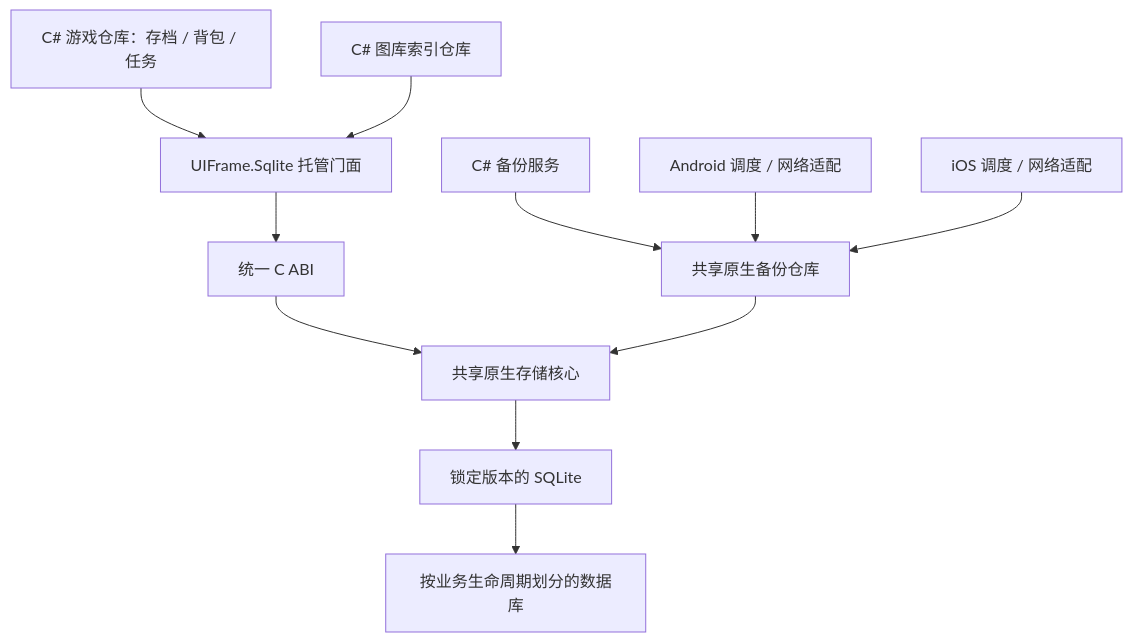
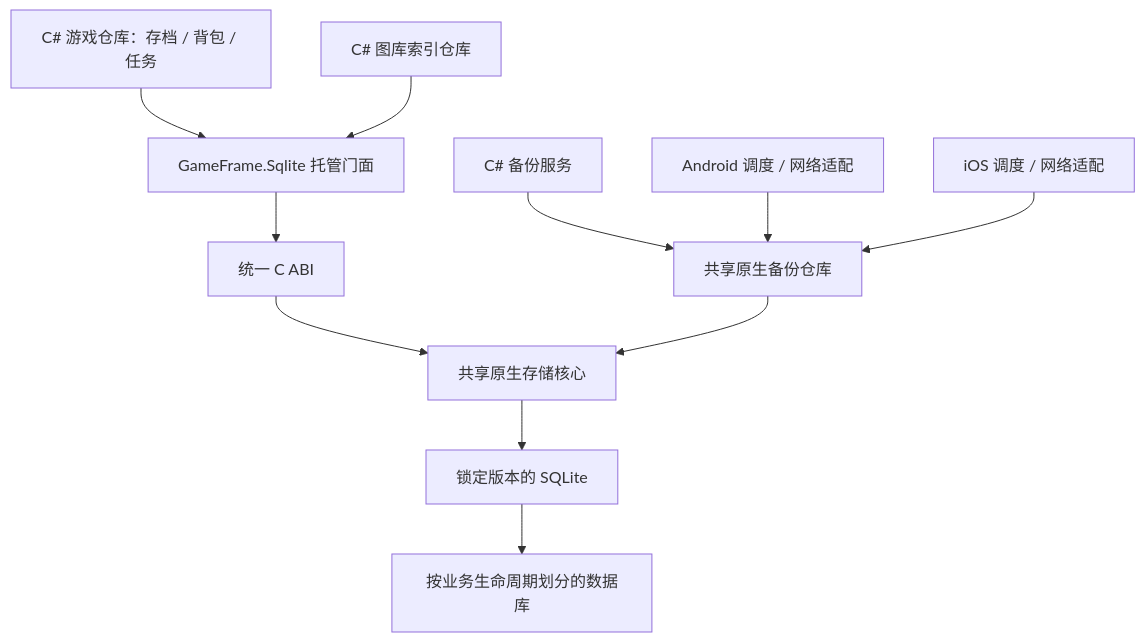
One commit to ZZQzero/GameFrame changed the diagram in Unity/Assets/Scripts/Runtime/Sqlite/ImplementationPlan.md. Above: the diagram before and after it, drawn with Mermaid. The commit also changed 170 other files, not shown here.

```diff
--- a/Unity/Assets/Scripts/Runtime/Sqlite/ImplementationPlan.md
+++ b/Unity/Assets/Scripts/Runtime/Sqlite/ImplementationPlan.md
@@ -30,13 +30,13 @@
 ~~~mermaid
 flowchart TD
-    G["C# 游戏仓库：存档 / 背包 / 任务"] --> M["UIFrame.Sqlite 托管门面"]
+    G["C# 游戏仓库：存档 / 背包 / 任务"] --> M["GameFrame.Sqlite 托管门面"]
     L["C# 图库索引仓库"] --> M
     M --> C["统一 C ABI"]
     C --> S["共享原生存储核心"]
     B["共享原生备份仓库"] --> S
     U["C# 备份服务"] --> B
     A["Android 调度 / 网络适配"] --> B
     I["iOS 调度 / 网络适配"] --> B
     S --> Q["锁定版本的 SQLite"]
     Q --> D["按业务生命周期划分的数据库"]
 ~~~
```
